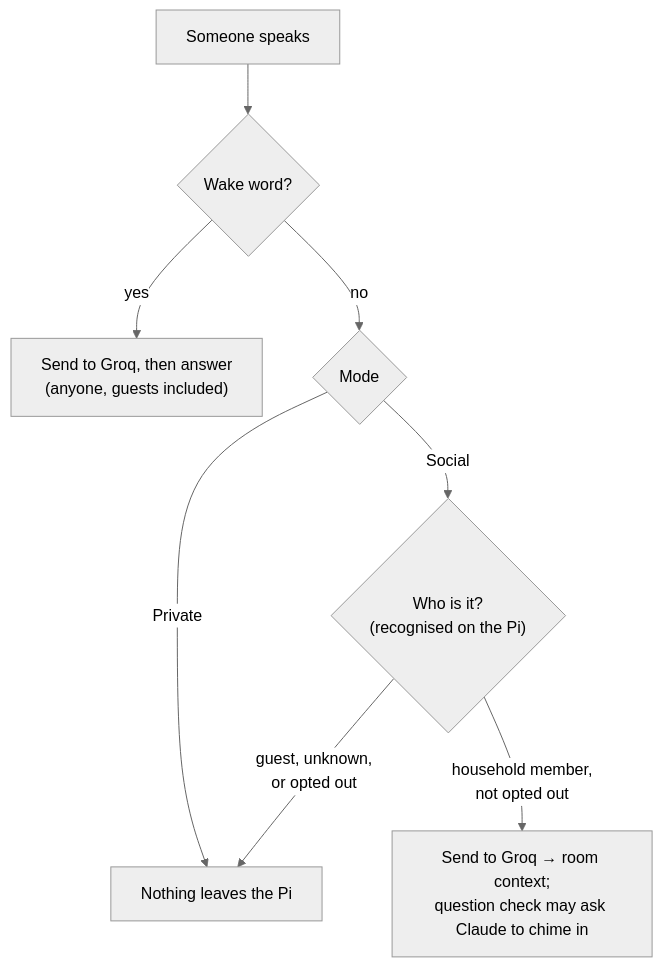
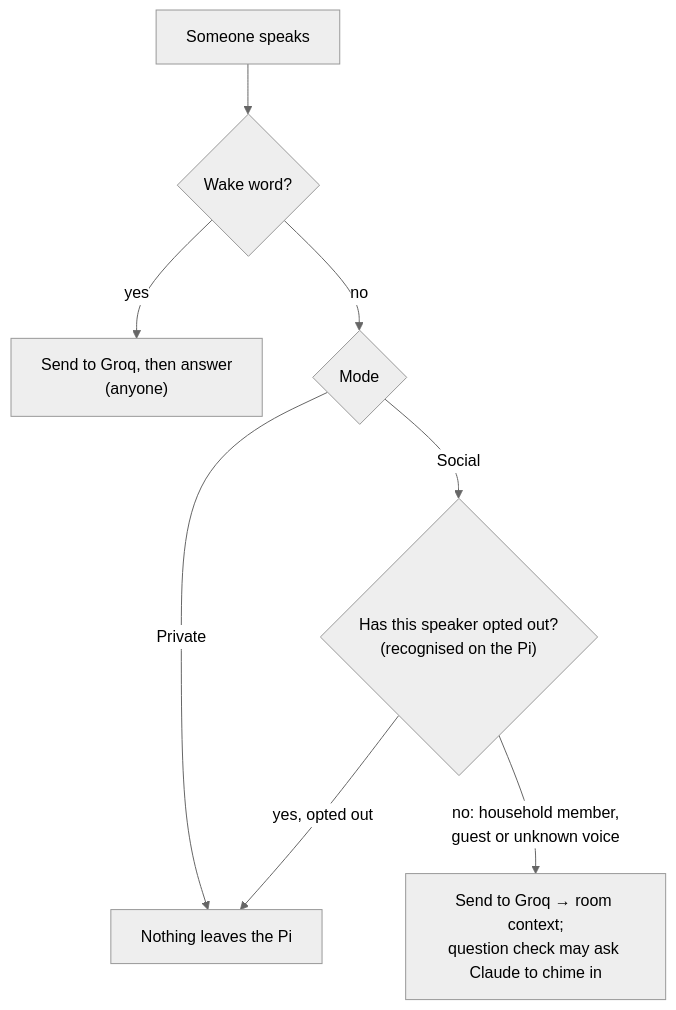
One commit to LandenHeine17/pip changed the third of 3 diagrams in docs/ARCHITECTURE.md. Above: the diagram before and after it, drawn with Mermaid (neutral theme). The commit also changed other lines of this file and 2 other files, not shown here.

Commit message:
Record D-77 (room speech to Groq for everyone except opted-out) and D-78 (architecture approved)

````diff
--- a/docs/ARCHITECTURE.md
+++ b/docs/ARCHITECTURE.md
@@ -114,10 +114,10 @@
 ```mermaid
 flowchart TD
     S["Someone speaks"] --> W{"Wake word?"}
-    W -- yes --> UP["Send to Groq, then answer<br/>(anyone, guests included)"]
+    W -- yes --> UP["Send to Groq, then answer<br/>(anyone)"]
     W -- no --> M{"Mode"}
     M -- Private --> DROP["Nothing leaves the Pi"]
-    M -- Social --> ID{"Who is it?<br/>(recognised on the Pi)"}
-    ID -- "household member,<br/>not opted out" --> ROOM["Send to Groq → room context;<br/>question check may ask Claude to chime in"]
-    ID -- "guest, unknown,<br/>or opted out" --> DROP
+    M -- Social --> ID{"Has this speaker opted out?<br/>(recognised on the Pi)"}
+    ID -- "no: household member,<br/>guest or unknown voice" --> ROOM["Send to Groq → room context;<br/>question check may ask Claude to chime in"]
+    ID -- "yes, opted out" --> DROP
 ```
````
